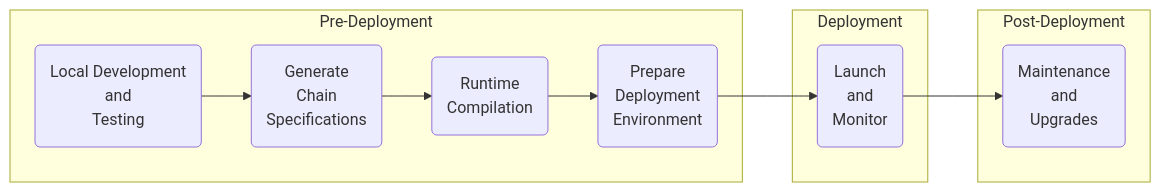
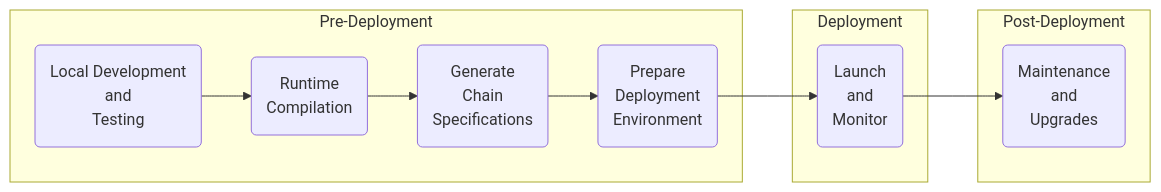
One commit to polkadot-developers/polkadot-docs changed the diagram in develop/blockchains/deployment/overview.md. Above: the diagram before and after it, drawn with Mermaid. The commit also changed other lines of this file, not shown here.

````diff
--- a/develop/blockchains/deployment/overview.md
+++ b/develop/blockchains/deployment/overview.md
@@ -29,14 +19,14 @@
 ```mermaid
 graph LR
     subgraph Pre-Deployment
-    A("Local Development\nand\nTesting") --> B("Generate\n Chain \n Specifications")
-    B --> C("Runtime \n Compilation")
+    A("Local Development\nand\nTesting") --> B("Runtime \n Compilation")
+    B --> C("Generate \n Chain \n Specifications")
     C --> D("Prepare \n Deployment \n Environment")
     end
     subgraph Deployment
     D --> E("Launch \n and \n Monitor")
     end
     subgraph Post-Deployment
     E --> F("Maintenance \n and \n Upgrades")
     end
 ```
````
